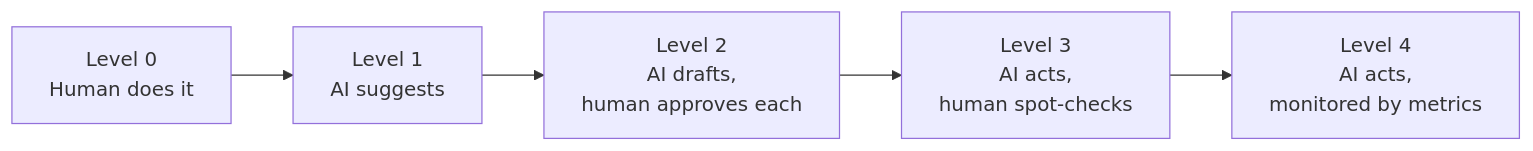
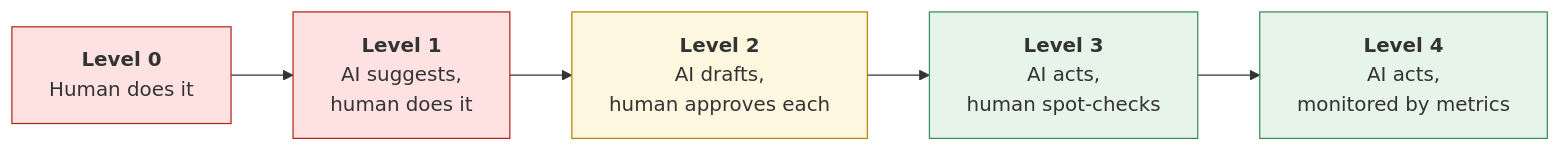
One commit to clarkngo/applied-ai-field-guide changed the first of 3 diagrams in docs/workflows/automate-vs-judge.md. Above: the diagram before and after it, drawn with Mermaid. The commit also changed other lines of this file and 4 other files, not shown here.

````diff
--- a/docs/workflows/automate-vs-judge.md
+++ b/docs/workflows/automate-vs-judge.md
@@ -34,4 +39,13 @@
 ```mermaid
 flowchart LR
-  L0["Level 0<br/>Human does it"] --> L1["Level 1<br/>AI suggests"] --> L2["Level 2<br/>AI drafts,<br/>human approves each"] --> L3["Level 3<br/>AI acts,<br/>human spot-checks"] --> L4["Level 4<br/>AI acts,<br/>monitored by metrics"]
+  L0["<b>Level 0</b><br/>Human does it"] --> L1["<b>Level 1</b><br/>AI suggests,<br/>human does it"]
+  L1 --> L2["<b>Level 2</b><br/>AI drafts,<br/>human approves each"]
+  L2 --> L3["<b>Level 3</b><br/>AI acts,<br/>human spot-checks"]
+  L3 --> L4["<b>Level 4</b><br/>AI acts,<br/>monitored by metrics"]
+  classDef h fill:#fde2e1,stroke:#b3261e;
+  classDef m fill:#fef7e0,stroke:#b08900;
+  classDef a fill:#e6f4ea,stroke:#3c8c5a;
+  class L0,L1 h;
+  class L2 m;
+  class L3,L4 a;
 ```
````
